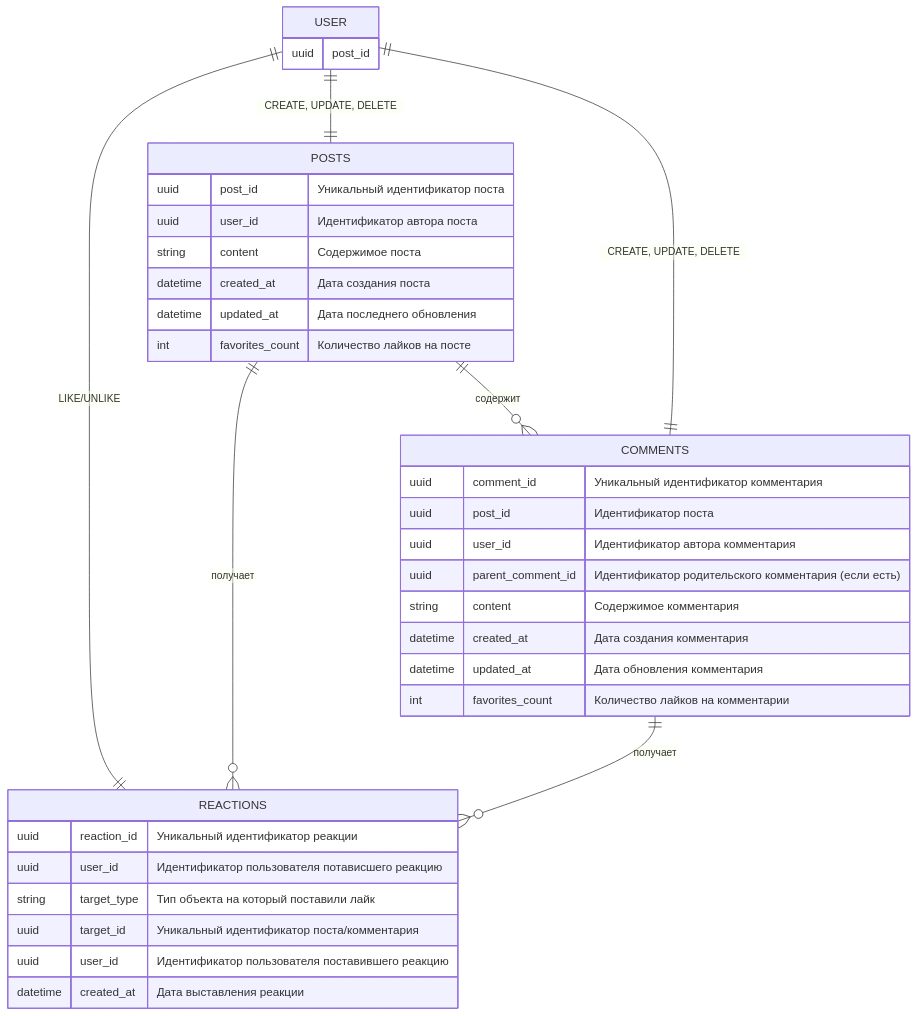
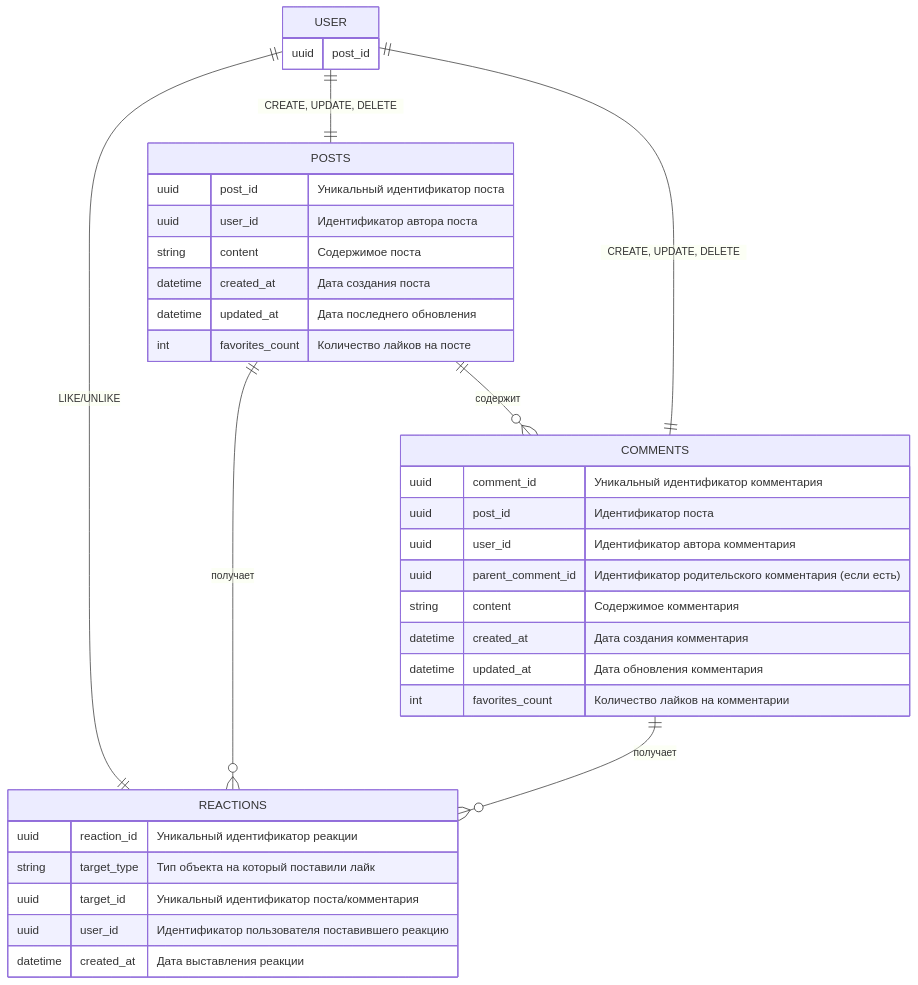
One commit to zahartd/social-network changed the diagram in docs/diagrams/er/post_service.mermaid. Above: the diagram before and after it, drawn with Mermaid.

```diff
--- a/docs/diagrams/er/post_service.mermaid
+++ b/docs/diagrams/er/post_service.mermaid
@@ -1,37 +1,36 @@
 erDiagram
     USER {
         uuid post_id
     }
     POSTS {
         uuid post_id "Уникальный идентификатор поста"
         uuid user_id "Идентификатор автора поста"
         string content "Содержимое поста"
         datetime created_at "Дата создания поста"
         datetime updated_at "Дата последнего обновления"
         int favorites_count "Количество лайков на посте"
     }
     COMMENTS {
         uuid comment_id "Уникальный идентификатор комментария"
         uuid post_id "Идентификатор поста"
         uuid user_id "Идентификатор автора комментария"
         uuid parent_comment_id "Идентификатор родительского комментария (если есть)"
         string content "Содержимое комментария"
         datetime created_at "Дата создания комментария"
         datetime updated_at "Дата обновления комментария"
         int favorites_count "Количество лайков на комментарии"
     }
     REACTIONS {
         uuid reaction_id "Уникальный идентификатор реакции"
-        uuid user_id "Идентификатор пользователя потависшего реакцию"
         string target_type "Тип объекта на который поставили лайк"
         uuid target_id "Уникальный идентификатор поста/комментария"
         uuid user_id "Идентификатор пользователя поставившего реакцию"
         datetime created_at "Дата выставления реакции"
     }
 
     POSTS ||--o{ COMMENTS : "содержит"
     USER ||--|| POSTS : "CREATE, UPDATE, DELETE"
     USER ||--|| COMMENTS : "CREATE, UPDATE, DELETE"
     USER ||--|| REACTIONS : "LIKE/UNLIKE"
     POSTS ||--o{ REACTIONS : "получает"
     COMMENTS ||--o{ REACTIONS : "получает"
```
